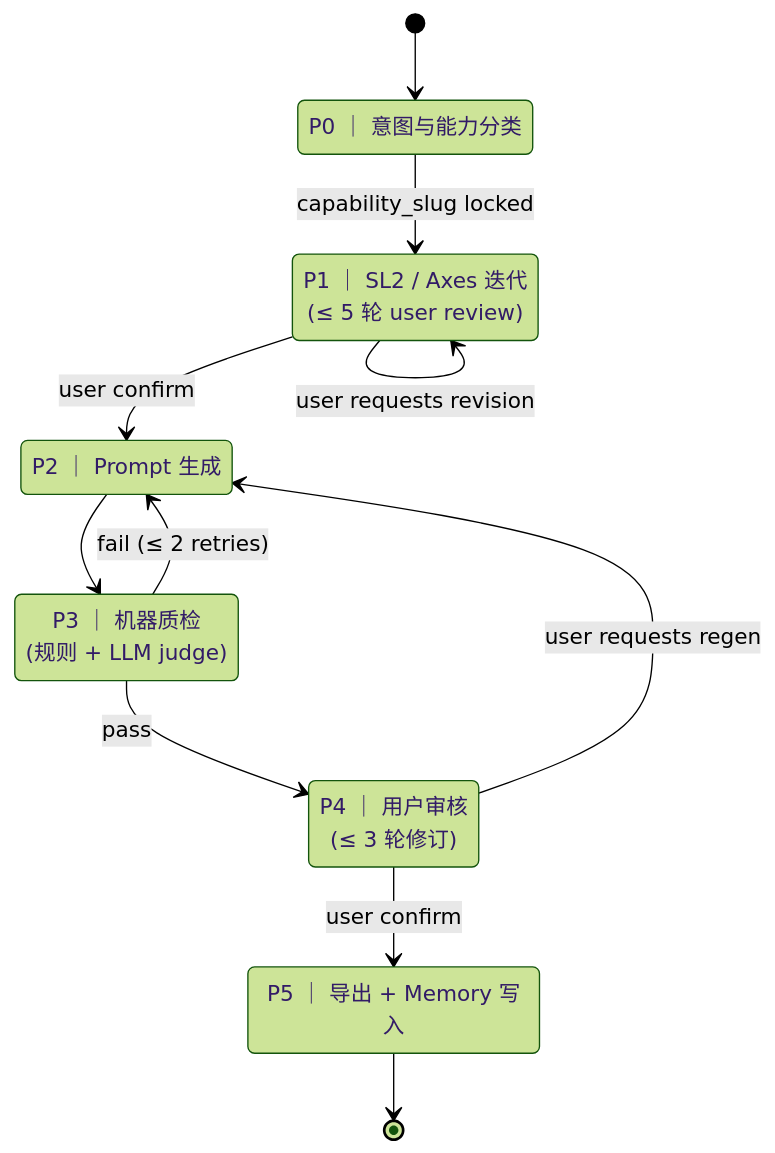
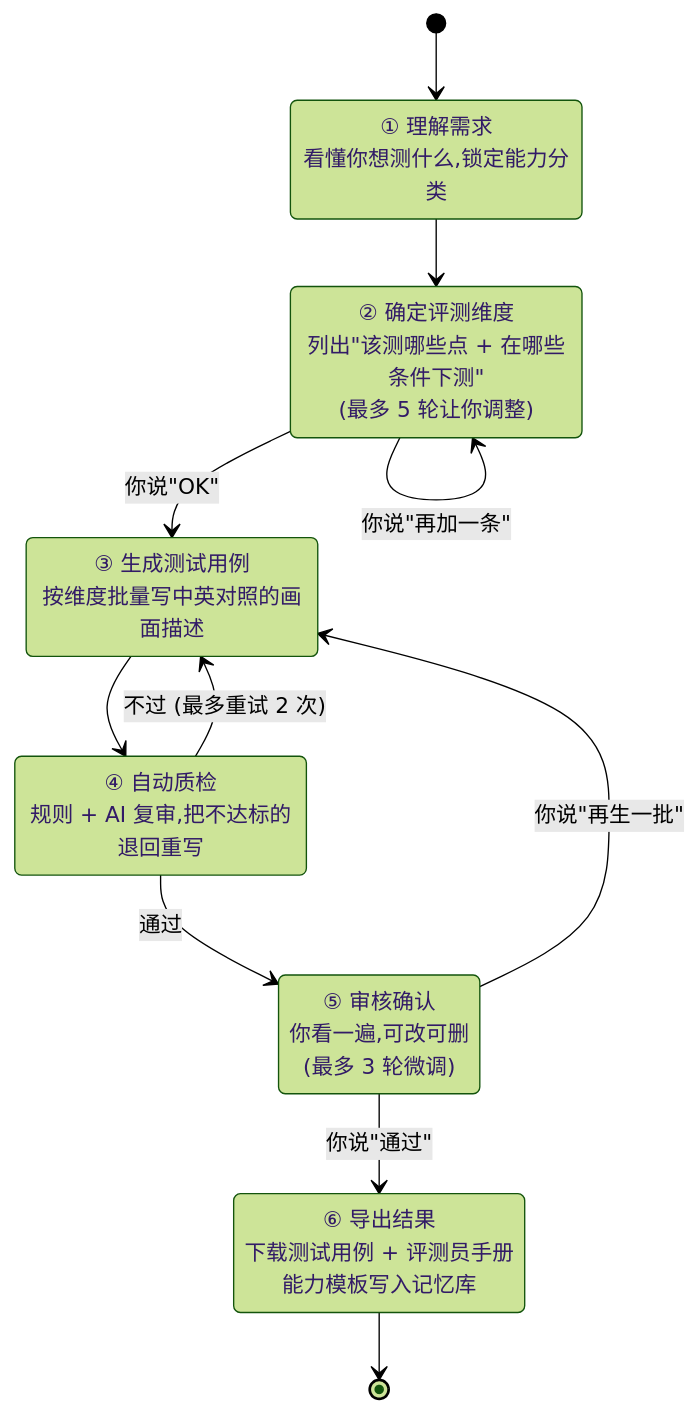
One commit to YueLiao/t2v_promptgen changed the diagram in README.md. Above: the diagram before and after it, drawn with Mermaid (forest theme). The commit also changed other lines of this file and 1 other file, not shown here.

````diff
--- a/README.md
+++ b/README.md
@@ -13,25 +27,25 @@
 ```mermaid
 stateDiagram-v2
-    [*] --> P0_Intake
+    [*] --> 理解需求
 
-    P0_Intake : P0 ｜ 意图与能力分类
-    P0_Intake --> P1_Dimensions : capability_slug locked
+    理解需求 : ① 理解需求<br/>看懂你想测什么,锁定能力分类
+    理解需求 --> 确定评测维度
 
-    P1_Dimensions : P1 ｜ SL2 / Axes 迭代<br/>(≤ 5 轮 user review)
-    P1_Dimensions --> P1_Dimensions : user requests revision
-    P1_Dimensions --> P2_Prompts : user confirm
+    确定评测维度 : ② 确定评测维度<br/>列出"该测哪些点 + 在哪些条件下测"<br/>(最多 5 轮让你调整)
+    确定评测维度 --> 确定评测维度 : 你说"再加一条"
+    确定评测维度 --> 生成测试用例 : 你说"OK"
 
-    P2_Prompts : P2 ｜ Prompt 生成
-    P2_Prompts --> P3_QA
+    生成测试用例 : ③ 生成测试用例<br/>按维度批量写中英对照的画面描述
+    生成测试用例 --> 自动质检
 
-    P3_QA : P3 ｜ 机器质检<br/>(规则 + LLM judge)
-    P3_QA --> P2_Prompts : fail (≤ 2 retries)
-    P3_QA --> P4_Review : pass
+    自动质检 : ④ 自动质检<br/>规则 + AI 复审,把不达标的退回重写
+    自动质检 --> 生成测试用例 : 不过 (最多重试 2 次)
+    自动质检 --> 审核确认 : 通过
 
-    P4_Review : P4 ｜ 用户审核<br/>(≤ 3 轮修订)
-    P4_Review --> P2_Prompts : user requests regen
-    P4_Review --> P5_Export : user confirm
+    审核确认 : ⑤ 审核确认<br/>你看一遍,可改可删<br/>(最多 3 轮微调)
+    审核确认 --> 生成测试用例 : 你说"再生一批"
+    审核确认 --> 导出结果 : 你说"通过"
 
-    P5_Export : P5 ｜ 导出 + Memory 写入
-    P5_Export --> [*]
+    导出结果 : ⑥ 导出结果<br/>下载测试用例 + 评测员手册<br/>能力模板写入记忆库
+    导出结果 --> [*]
 ```
````
